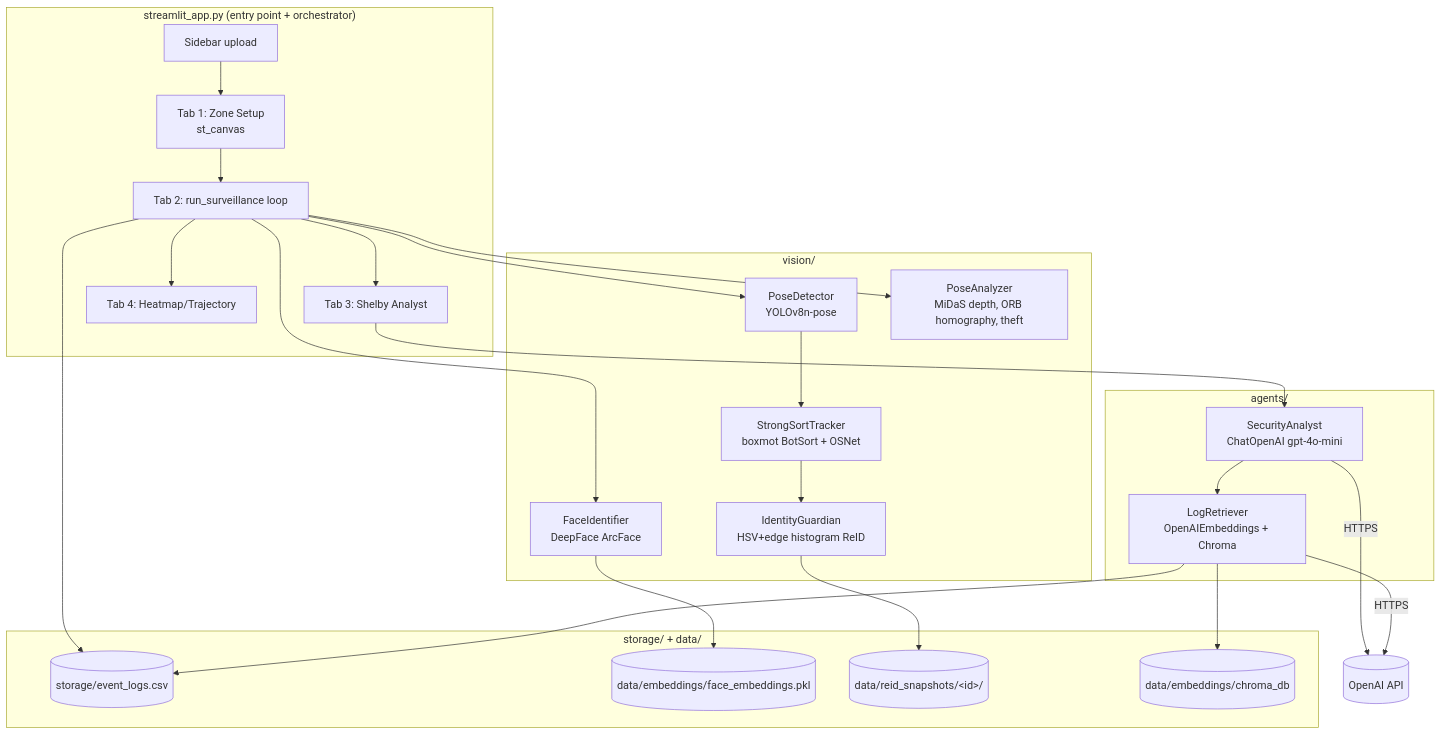
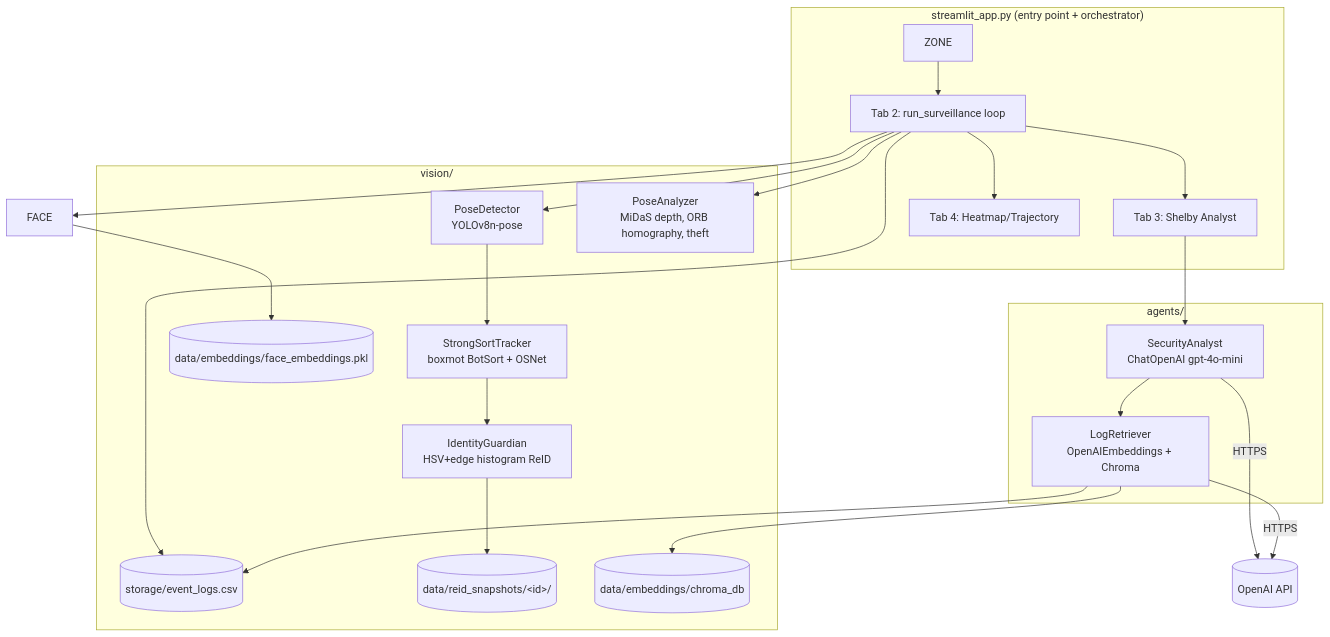
Before and after one commit to talhanadeem-7/SurveillanceSystem: the first of 4 diagrams in README.md, drawn with Mermaid. The commit also changed other lines of this file and 14 other files, not shown here.

````diff
--- a/README.md
+++ b/README.md
@@ -74,42 +39,37 @@
 ```mermaid
 flowchart TD
     subgraph UI["streamlit_app.py (entry point + orchestrator)"]
-        UP[Sidebar upload] --> ZONE[Tab 1: Zone Setup<br/>st_canvas]
         ZONE --> LOOP[Tab 2: run_surveillance loop]
         LOOP --> CHAT[Tab 3: Shelby Analyst]
         LOOP --> HEAT[Tab 4: Heatmap/Trajectory]
     end
 
     subgraph VISION["vision/"]
         DET[PoseDetector<br/>YOLOv8n-pose]
         TRK[StrongSortTracker<br/>boxmot BotSort + OSNet]
         GUARD[IdentityGuardian<br/>HSV+edge histogram ReID]
         POSE[PoseAnalyzer<br/>MiDaS depth, ORB homography, theft]
-        FACE[FaceIdentifier<br/>DeepFace ArcFace]
-    end
-
-    subgraph STORE["storage/ + data/"]
         CSV[(storage/event_logs.csv)]
         PKL[(data/embeddings/face_embeddings.pkl)]
         SNAP[(data/reid_snapshots/&lt;id&gt;/)]
         CHROMA[(data/embeddings/chroma_db)]
     end
 
     subgraph LLM["agents/"]
         RET[LogRetriever<br/>OpenAIEmbeddings + Chroma]
         AN[SecurityAnalyst<br/>ChatOpenAI gpt-4o-mini]
     end
 
     LOOP --> DET
     DET --> TRK --> GUARD
     GUARD --> SNAP
     LOOP --> POSE
     LOOP --> FACE
     FACE --> PKL
     LOOP --> CSV
     CHAT --> AN --> RET
     RET --> CSV
     RET --> CHROMA
     AN -->|HTTPS| OPENAI[(OpenAI API)]
     RET -->|HTTPS| OPENAI
 ```
````
